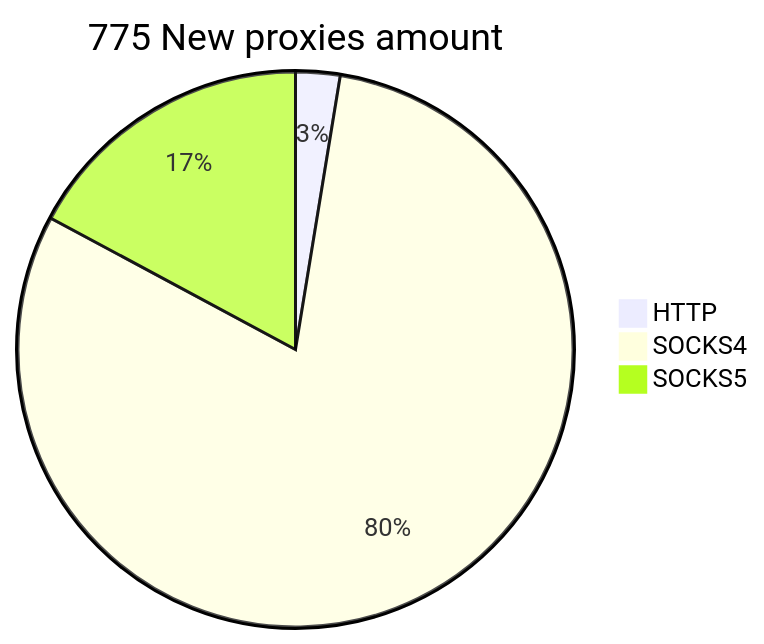
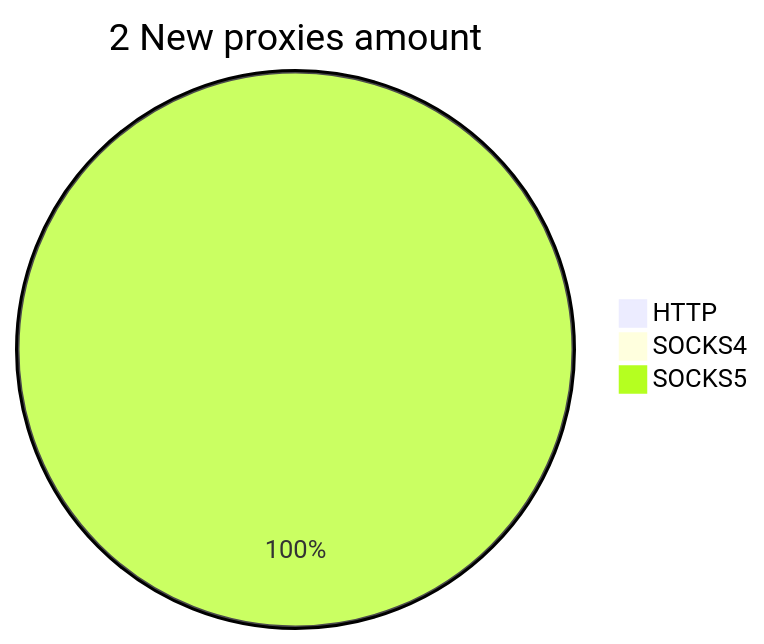
The second of 2 diagrams in README.md (cutipu/proxylist), drawn with Mermaid before and after one commit. The commit also changed other lines of this file, not shown here.

````diff
--- a/README.md
+++ b/README.md
@@ -10,6 +10,6 @@
 ```mermaid
-pie title 775 New proxies amount
-    "HTTP" : 20
-    "SOCKS4" : 622
-    "SOCKS5" : 133
+pie title 2 New proxies amount
+    "HTTP" : 0
+    "SOCKS4" : 0
+    "SOCKS5" : 5
 ```
````
